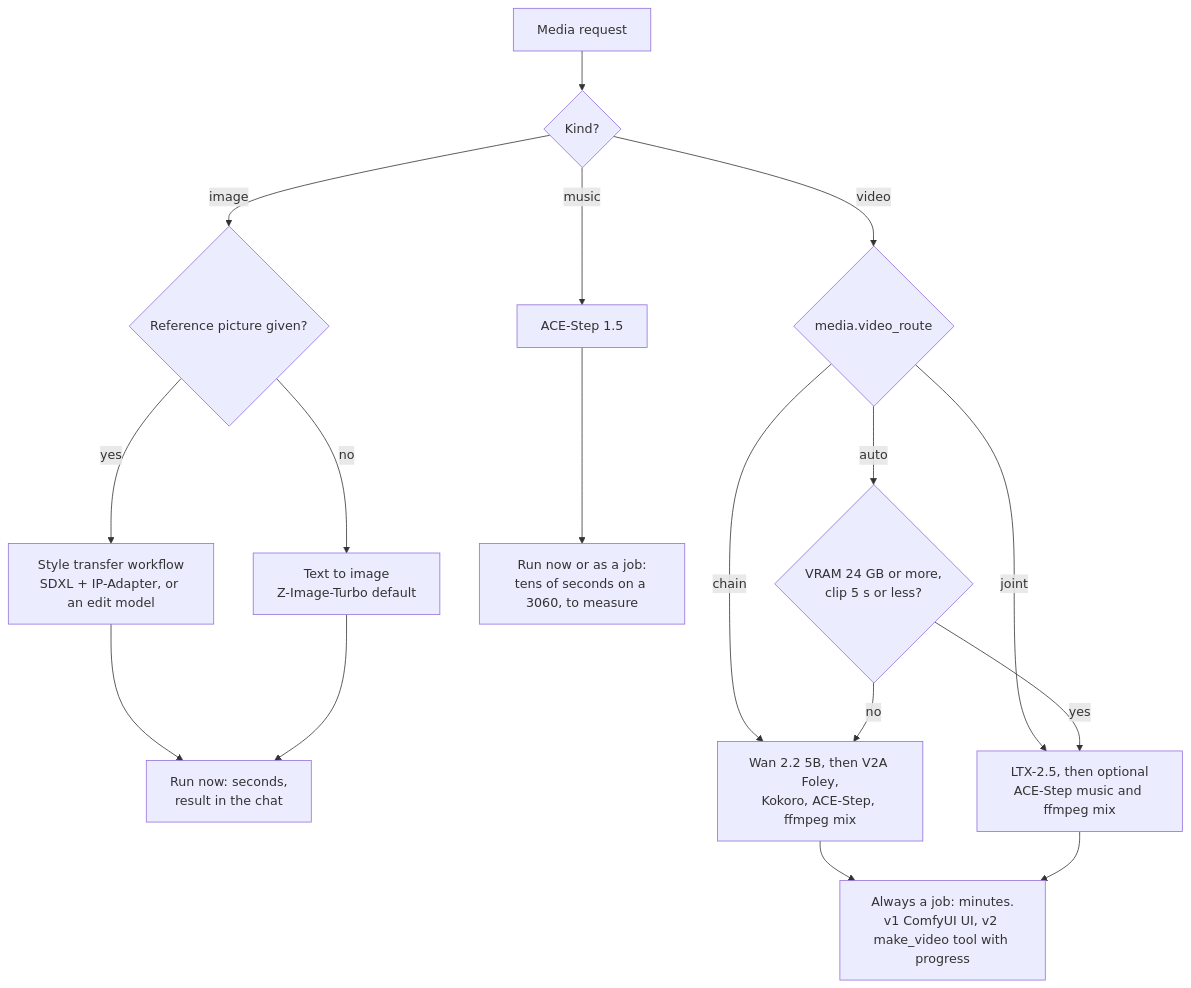
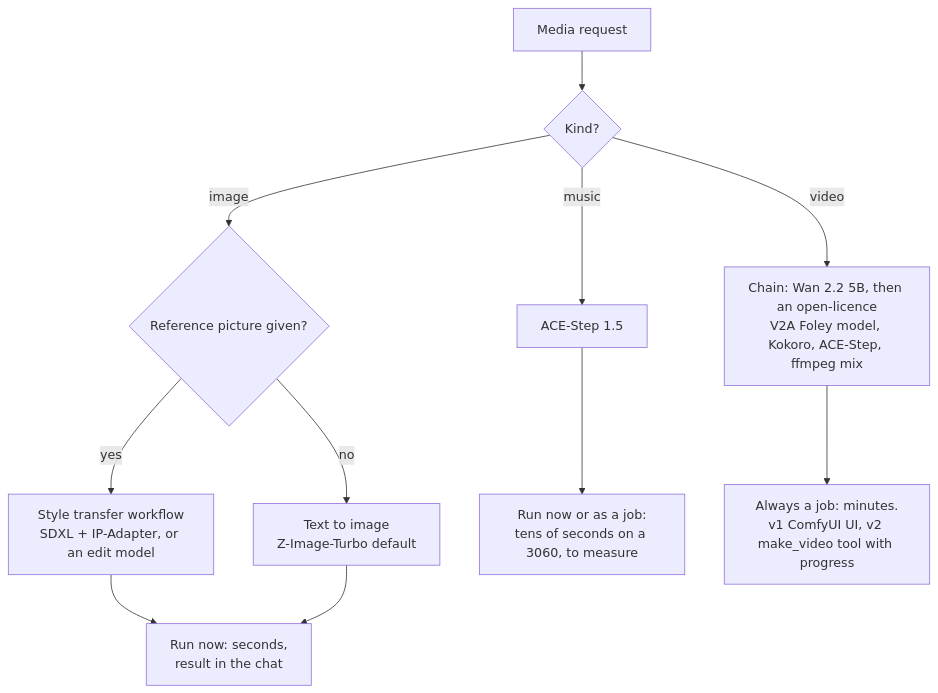
The sixth of 7 diagrams in docs/knowledge/routing-across-models-and-media.md (techtana/personal-agent-stack), drawn with Mermaid before and after one commit. The commit also changed other lines of this file and 7 other files, not shown here.

````diff
--- a/docs/knowledge/routing-across-models-and-media.md
+++ b/docs/knowledge/routing-across-models-and-media.md
@@ -185,18 +190,12 @@
 ```mermaid
 flowchart TD
   A[Media request] --> B{Kind?}
   B -->|image| I1{Reference picture given?}
   I1 -->|yes| I2["Style transfer workflow<br/>SDXL + IP-Adapter, or an edit model"]
   I1 -->|no| I3["Text to image<br/>Z-Image-Turbo default"]
   I2 --> NOW["Run now: seconds,<br/>result in the chat"]
   I3 --> NOW
   B -->|music| M1["ACE-Step 1.5"] --> NOW2["Run now or as a job:<br/>tens of seconds on a 3060, to measure"]
-  B -->|video| V1{"media.video_route"}
-  V1 -->|chain| VC["Wan 2.2 5B, then V2A Foley,<br/>Kokoro, ACE-Step, ffmpeg mix"]
-  V1 -->|joint| VJ["LTX-2.5, then optional<br/>ACE-Step music and ffmpeg mix"]
-  V1 -->|auto| VA{"VRAM 24 GB or more,<br/>clip 5 s or less?"}
-  VA -->|yes| VJ
-  VA -->|no| VC
+  B -->|video| VC["Chain: Wan 2.2 5B, then an open-licence<br/>V2A Foley model, Kokoro, ACE-Step, ffmpeg mix"]
   VC --> JOB["Always a job: minutes.<br/>v1 ComfyUI UI, v2 make_video tool with progress"]
-  VJ --> JOB
 ```
````
